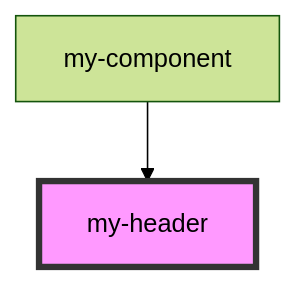
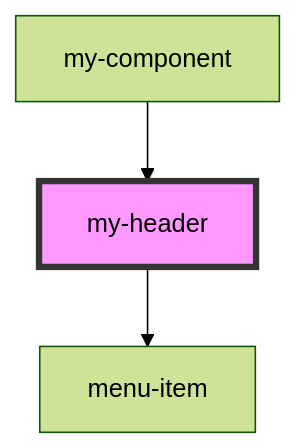
The diagram in src/components/res/view/my-header/readme.md (Wokh-Dada/wibbitz-stencil), drawn with Mermaid (forest theme) before and after one commit. The commit also changed other lines of this file and 25 other files, not shown here.

````diff
--- a/src/components/res/view/my-header/readme.md
+++ b/src/components/res/view/my-header/readme.md
@@ -22,5 +38,6 @@
 ```mermaid
 graph TD;
+  my-header --> menu-item
   my-component --> my-header
   style my-header fill:#f9f,stroke:#333,stroke-width:4px
 ```
````
